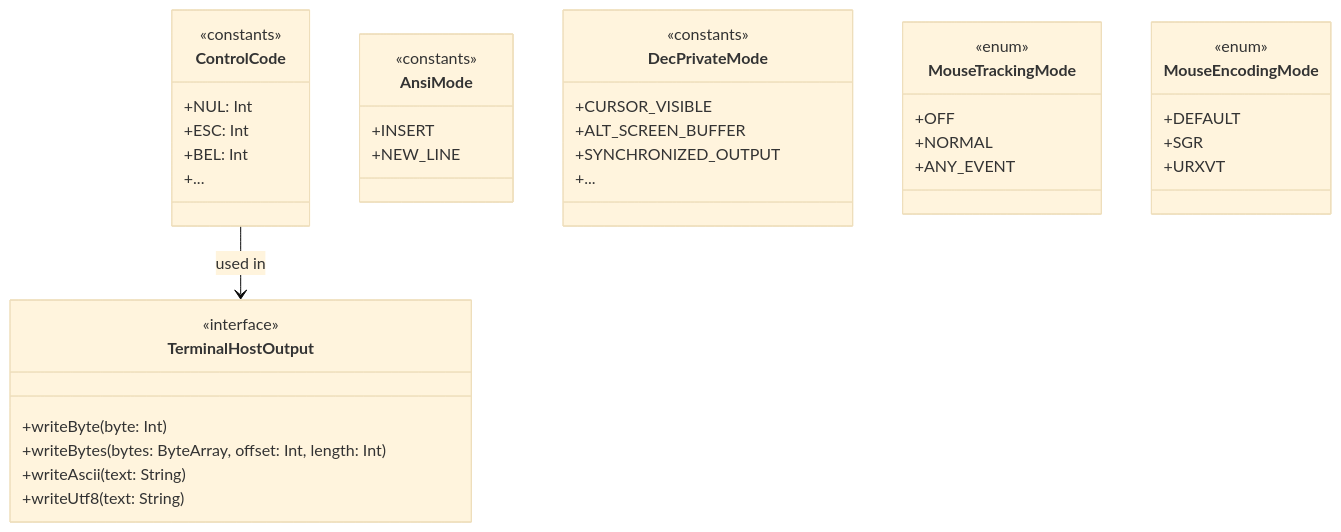
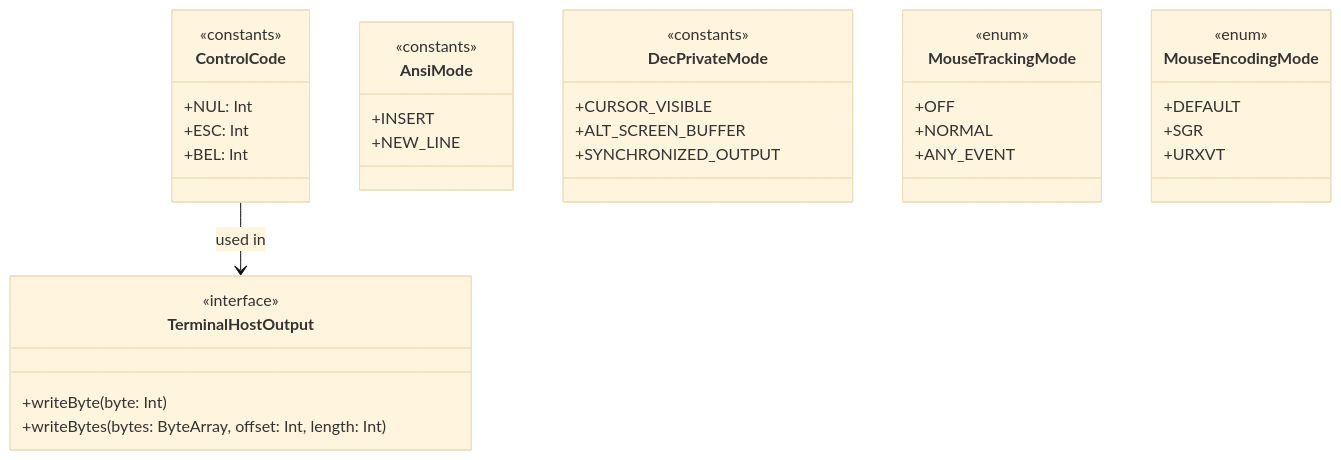
One commit to ketraterm/KetraTerm changed the diagram in jvterm-protocol/README.md. Above: the diagram before and after it, drawn with Mermaid (base theme). The commit also changed other lines of this file and 29 other files, not shown here.

````diff
--- a/jvterm-protocol/README.md
+++ b/jvterm-protocol/README.md
@@ -18,44 +18,40 @@
 ```mermaid
 classDiagram
     direction TB
     class ControlCode {
         <<constants>>
         +NUL: Int
         +ESC: Int
         +BEL: Int
-        +...
     }
     class AnsiMode {
         <<constants>>
         +INSERT
         +NEW_LINE
     }
     class DecPrivateMode {
         <<constants>>
         +CURSOR_VISIBLE
         +ALT_SCREEN_BUFFER
         +SYNCHRONIZED_OUTPUT
-        +...
     }
     class MouseTrackingMode {
         <<enum>>
         +OFF
         +NORMAL
         +ANY_EVENT
     }
     class MouseEncodingMode {
         <<enum>>
         +DEFAULT
         +SGR
         +URXVT
     }
     class TerminalHostOutput {
         <<interface>>
         +writeByte(byte: Int)
         +writeBytes(bytes: ByteArray, offset: Int, length: Int)
-        +writeAscii(text: String)
-        +writeUtf8(text: String)
     }
 
     ControlCode --> TerminalHostOutput : used in
 ```
````
